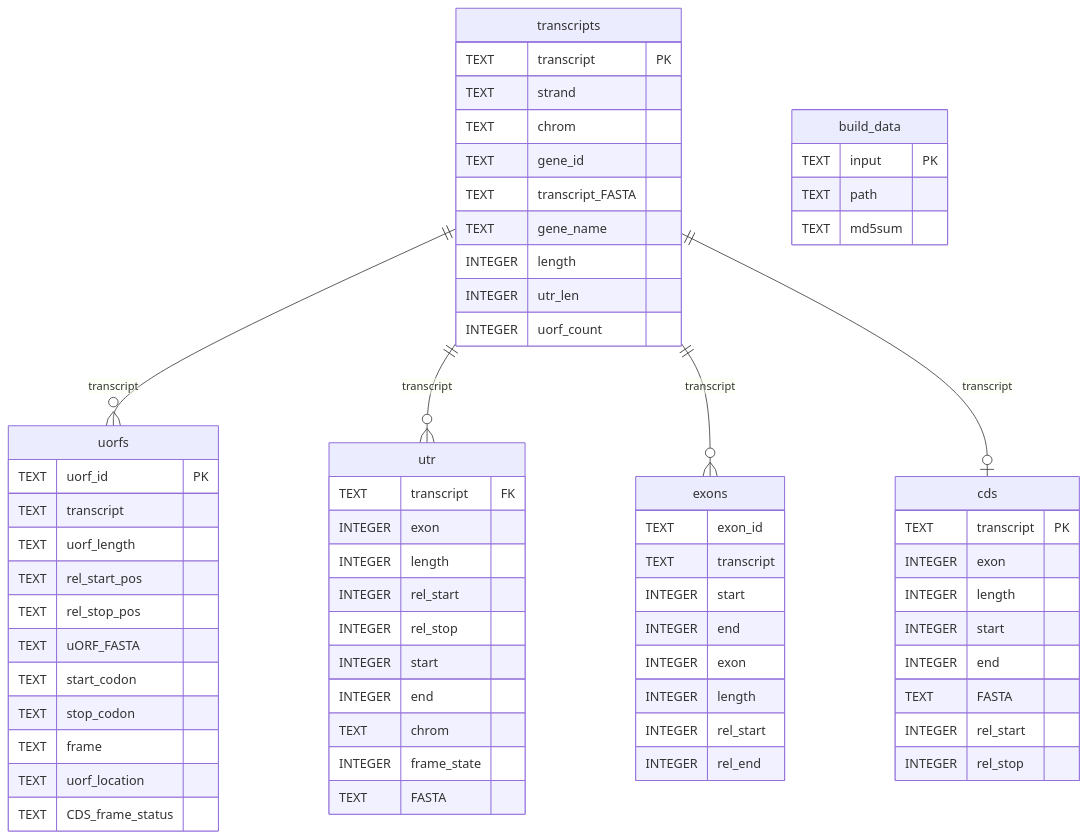
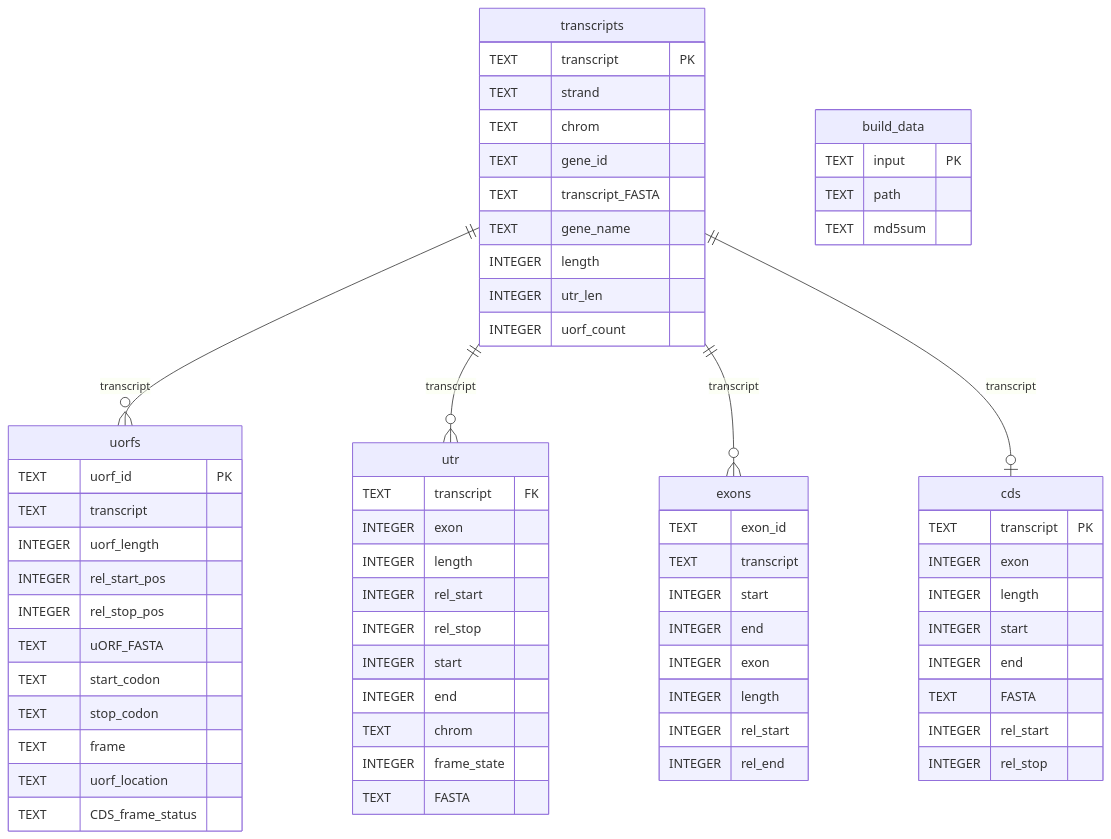
Before and after one commit to bbowles1/SURFA: the diagram in docs/schema.md, drawn with Mermaid. The commit also changed other lines of this file and 3 other files, not shown here.

Commit message:
fix typing in sqlite database (prev schema incorrectly labeled integers as text) and fix logger warning

````diff
--- a/docs/schema.md
+++ b/docs/schema.md
@@ -12,69 +12,69 @@
 ```mermaid
 erDiagram
   transcripts ||--o{ uorfs : "transcript"
   transcripts ||--o{ utr : "transcript"
   transcripts ||--o{ exons : "transcript"
   transcripts ||--o| cds : "transcript"
 
   build_data {
     TEXT input PK
     TEXT path
     TEXT md5sum
   }
   transcripts {
     TEXT transcript PK
     TEXT strand
     TEXT chrom
     TEXT gene_id
     TEXT transcript_FASTA
     TEXT gene_name
     INTEGER length
     INTEGER utr_len
     INTEGER uorf_count
   }
   uorfs {
     TEXT uorf_id PK
     TEXT transcript
-    TEXT uorf_length
-    TEXT rel_start_pos
-    TEXT rel_stop_pos
+    INTEGER uorf_length
+    INTEGER rel_start_pos
+    INTEGER rel_stop_pos
     TEXT uORF_FASTA
     TEXT start_codon
     TEXT stop_codon
     TEXT frame
     TEXT uorf_location
     TEXT CDS_frame_status
   }
   utr {
     TEXT transcript FK
     INTEGER exon
     INTEGER length
     INTEGER rel_start
     INTEGER rel_stop
     INTEGER start
     INTEGER end
     TEXT chrom
     INTEGER frame_state
     TEXT FASTA
   }
   exons {
     TEXT exon_id
     TEXT transcript
     INTEGER start
     INTEGER end
     INTEGER exon
     INTEGER length
     INTEGER rel_start
     INTEGER rel_end
   }
   cds {
     TEXT transcript PK
     INTEGER exon
     INTEGER length
     INTEGER start
     INTEGER end
     TEXT FASTA
     INTEGER rel_start
     INTEGER rel_stop
   }
 ```
````
